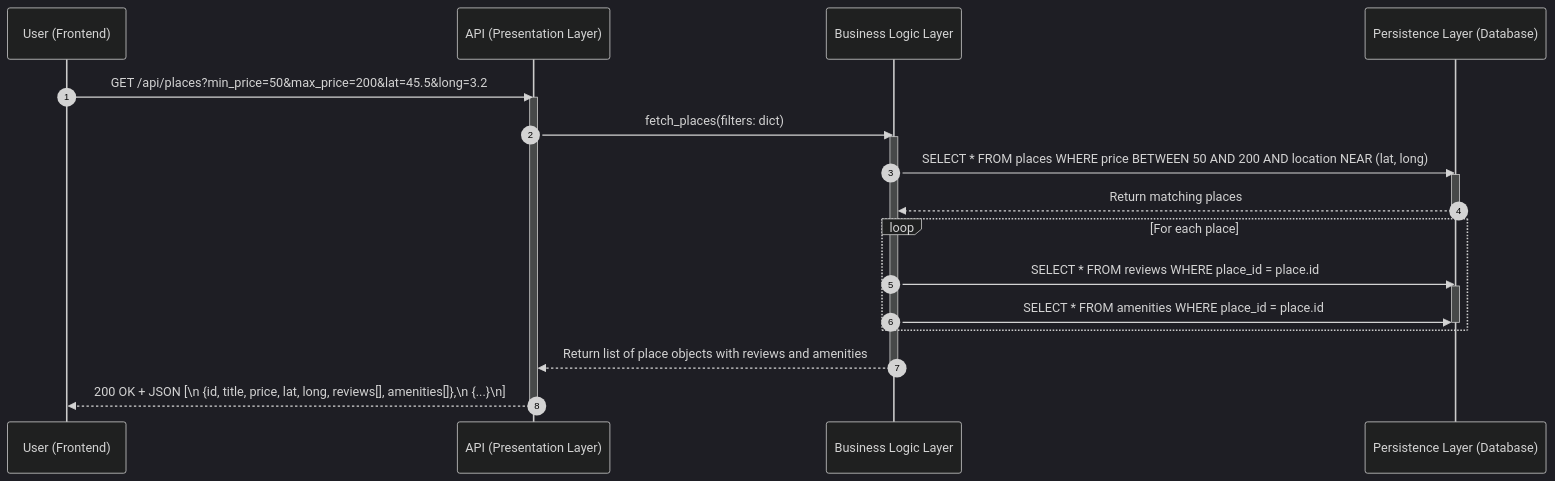
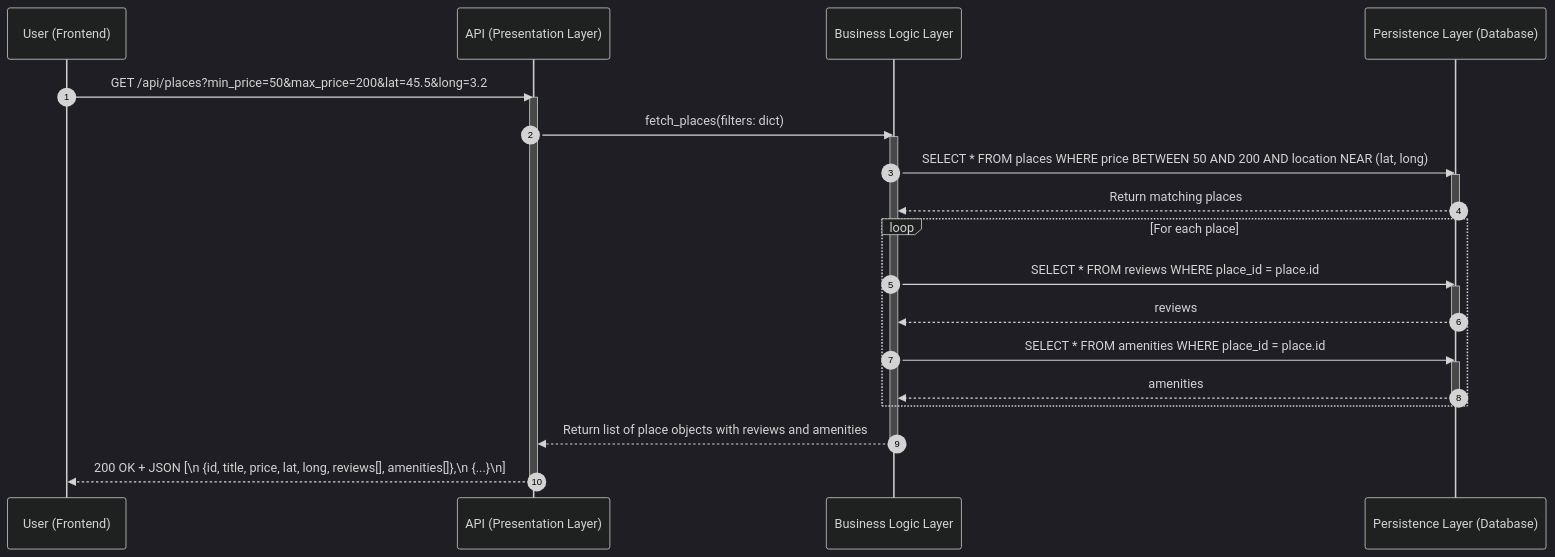
Before and after one commit to rahafalharthi1111-png/holbertonschool-hbnb: the fourth of 4 diagrams in part1/2_SEQUENCE_DIAGRAMS.md, drawn with Mermaid (dark theme).

````diff
--- a/part1/2_SEQUENCE_DIAGRAMS.md
+++ b/part1/2_SEQUENCE_DIAGRAMS.md
@@ -129,27 +129,32 @@
 ```mermaid
 sequenceDiagram
     autonumber
     participant Client as User (Frontend)
     participant API as API (Presentation Layer)
     participant Logic as Business Logic Layer
     participant DB as Persistence Layer (Database)
     Client->>API: GET /api/places?min_price=50&max_price=200&lat=45.5&long=3.2
 	activate API
     API->>Logic: fetch_places(filters: dict)
 	activate Logic
     Logic->>DB: SELECT * FROM places WHERE price BETWEEN 50 AND 200 AND location NEAR (lat, long)
 	activate DB
     DB-->>Logic: Return matching places
 	deactivate DB
     loop For each place
-        Logic->>DB: SELECT * FROM reviews WHERE place_id = place.id
-	activate DB
-        Logic->>DB: SELECT * FROM amenities WHERE place_id = place.id
-	deactivate DB
+    Logic->>DB: SELECT * FROM reviews WHERE place_id = place.id
+    activate DB
+    DB-->>Logic: reviews
+    deactivate DB
+
+    Logic->>DB: SELECT * FROM amenities WHERE place_id = place.id
+    activate DB
+    DB-->>Logic: amenities
+    deactivate DB
     end
     Logic-->>API: Return list of place objects with reviews and amenities
 	deactivate Logic
     API-->>Client: 200 OK + JSON [\n  {id, title, price, lat, long, reviews[], amenities[]},\n  {...}\n]
 deactivate API
     
 ```
````
